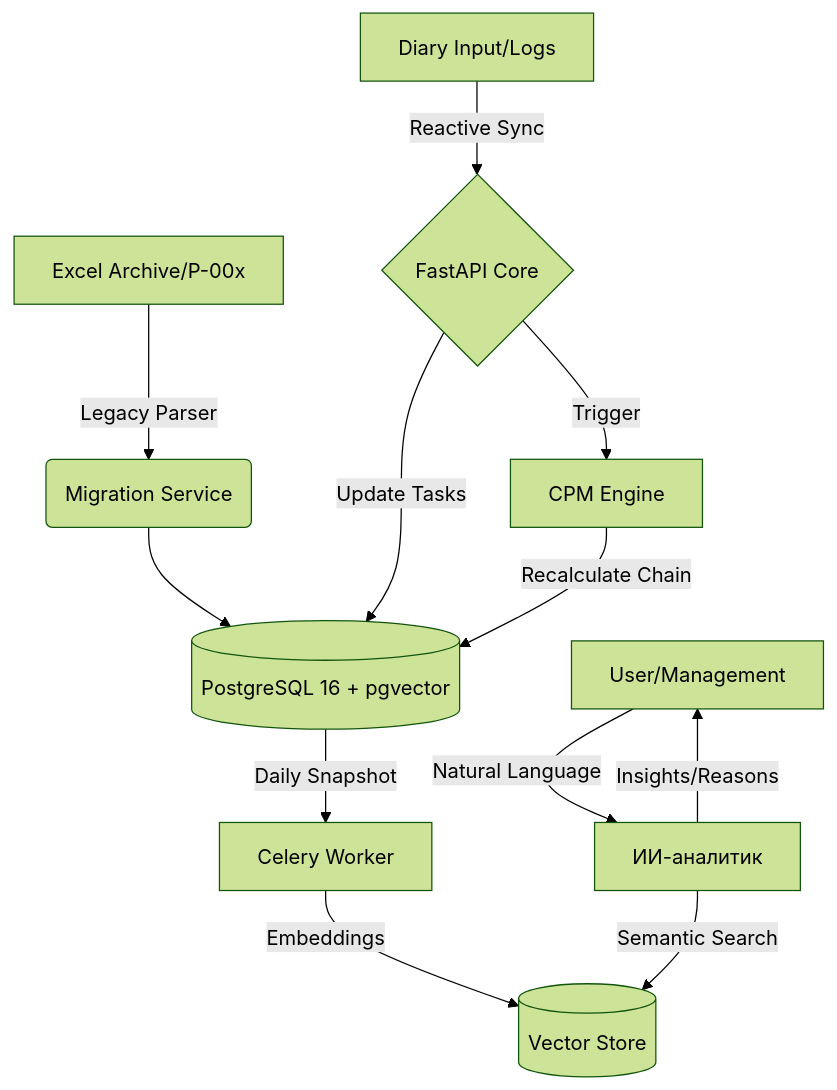
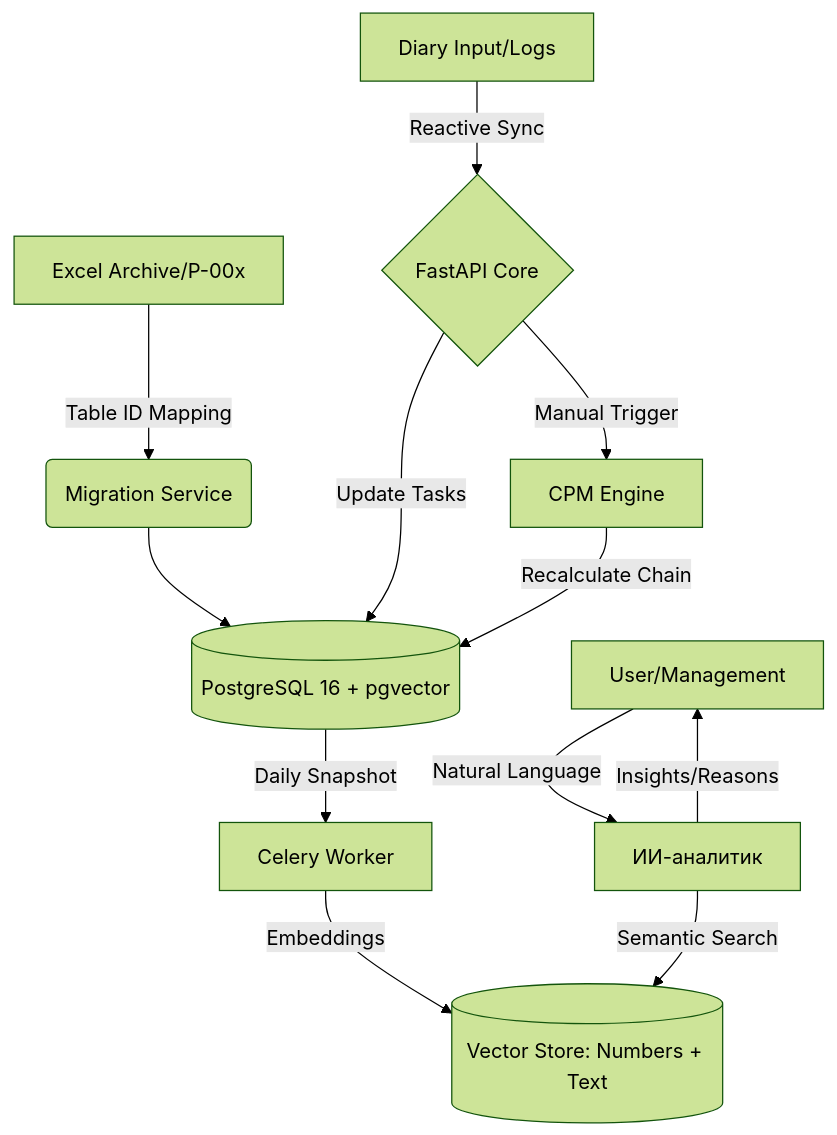
The first of 2 diagrams in README.md (fckmanabove/Project-Chain), drawn with Mermaid (forest theme) before and after one commit. The commit also changed other lines of this file, not shown here.

````diff
--- a/README.md
+++ b/README.md
@@ -8,14 +8,14 @@
 ```mermaid
 graph TD
-    A[Excel Archive/P-00x] -->|Legacy Parser| B(Migration Service)
+    A[Excel Archive/P-00x] -->|Table ID Mapping| B(Migration Service)
     B --> C[(PostgreSQL 16 + pgvector)]
     D[Diary Input/Logs] -->|Reactive Sync| E{FastAPI Core}
     E -->|Update Tasks| C
-    E -->|Trigger| F[CPM Engine]
+    E -->|Manual Trigger| F[CPM Engine]
     F -->|Recalculate Chain| C
     C -->|Daily Snapshot| G[Celery Worker]
-    G -->|Embeddings| H[(Vector Store)]
+    G -->|Embeddings| H[(Vector Store: Numbers + Text)]
     I[User/Management] -->|Natural Language| J[ИИ-аналитик]
     J -->|Semantic Search| H
     J -->|Insights/Reasons| I
 ```
````
